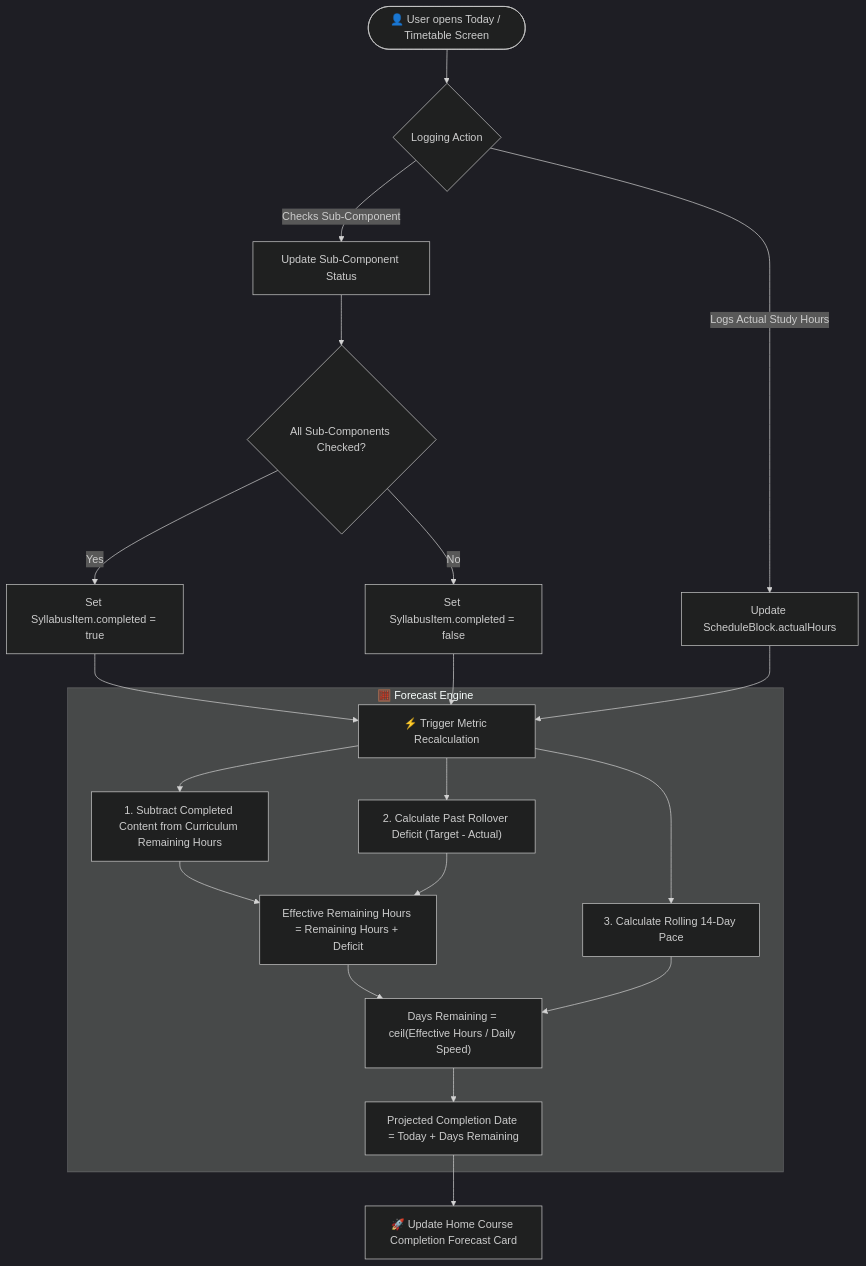
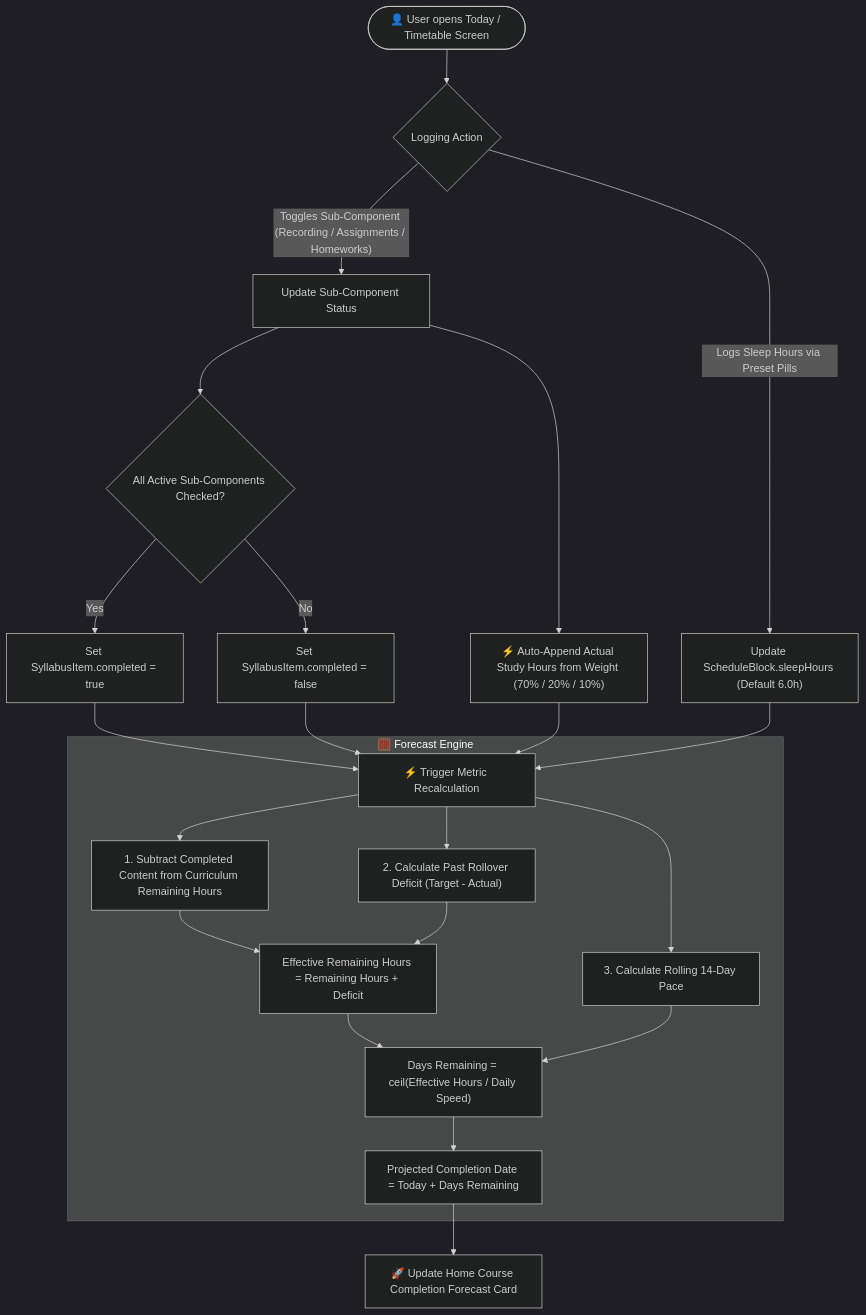
One commit to Abarajithan-Selvaraj/scaler-aiml-tracker changed the second of 3 diagrams in README.md. Above: the diagram before and after it, drawn with Mermaid (dark theme). The commit also changed other lines of this file, not shown here.

Commit message:
docs: update README with auto-appended study hours, chip deletion/restoration, sleep preset pills, and 113 unit tests

````diff
--- a/README.md
+++ b/README.md
@@ -58,31 +58,33 @@
 ```mermaid
 flowchart TD
     Start(["👤 User opens Today / Timetable Screen"]) --> Action{"Logging Action"}
     
-    Action -- "Checks Sub-Component" --> SubCheck["Update Sub-Component Status"]
-    SubCheck --> FullyDone{"All Sub-Components Checked?"}
+    Action -- "Toggles Sub-Component (Recording / Assignments / Homeworks)" --> SubCheck["Update Sub-Component Status"]
+    SubCheck --> AutoAppend["⚡ Auto-Append Actual Study Hours from Weight (70% / 20% / 10%)"]
+    SubCheck --> FullyDone{"All Active Sub-Components Checked?"}
     FullyDone -- Yes --> AutoComplete["Set SyllabusItem.completed = true"]
     FullyDone -- No --> Incomplete["Set SyllabusItem.completed = false"]
 
-    Action -- "Logs Actual Study Hours" --> LogHours["Update ScheduleBlock.actualHours"]
+    Action -- "Logs Sleep Hours via Preset Pills" --> LogSleep["Update ScheduleBlock.sleepHours (Default 6.0h)"]
 
     AutoComplete --> Recalc["⚡ Trigger Metric Recalculation"]
     Incomplete --> Recalc
-    LogHours --> Recalc
+    AutoAppend --> Recalc
+    LogSleep --> Recalc
 
     subgraph Engine ["🧮 Forecast Engine"]
         Recalc --> RemHours["1. Subtract Completed Content from Curriculum Remaining Hours"]
         Recalc --> Deficit["2. Calculate Past Rollover Deficit (Target - Actual)"]
         Recalc --> Pace["3. Calculate Rolling 14-Day Pace"]
         
         RemHours --> TotalEff["Effective Remaining Hours = Remaining Hours + Deficit"]
         Deficit --> TotalEff
         
         TotalEff --> DaysToFinish["Days Remaining = ceil(Effective Hours / Daily Speed)"]
         Pace --> DaysToFinish
         
         DaysToFinish --> ProjDate["Projected Completion Date = Today + Days Remaining"]
     end
 
     ProjDate --> RenderCard["🚀 Update Home Course Completion Forecast Card"]
 ```
````
